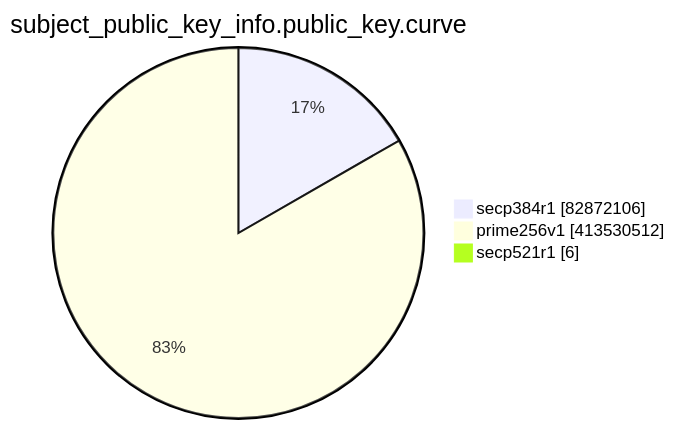
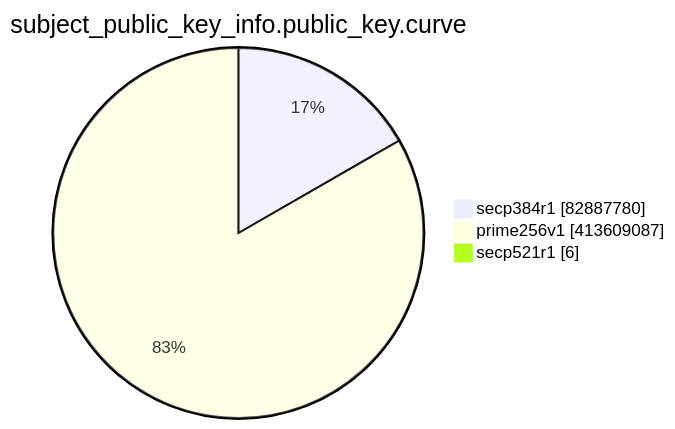
One commit to christiankrug/ctmonitor_visualization changed the eighth of 15 diagrams in TOTAL/README.md. Above: the diagram before and after it, drawn with Mermaid. The commit also changed other lines of this file, not shown here.

````diff
--- a/TOTAL/README.md
+++ b/TOTAL/README.md
@@ -3098,7 +3098,7 @@
 ```mermaid
 pie showData
 title subject_public_key_info.public_key.curve
-"secp384r1" :82872106
-"prime256v1" :413530512
+"secp384r1" :82887780
+"prime256v1" :413609087
 "secp521r1" :6
 ```
````
